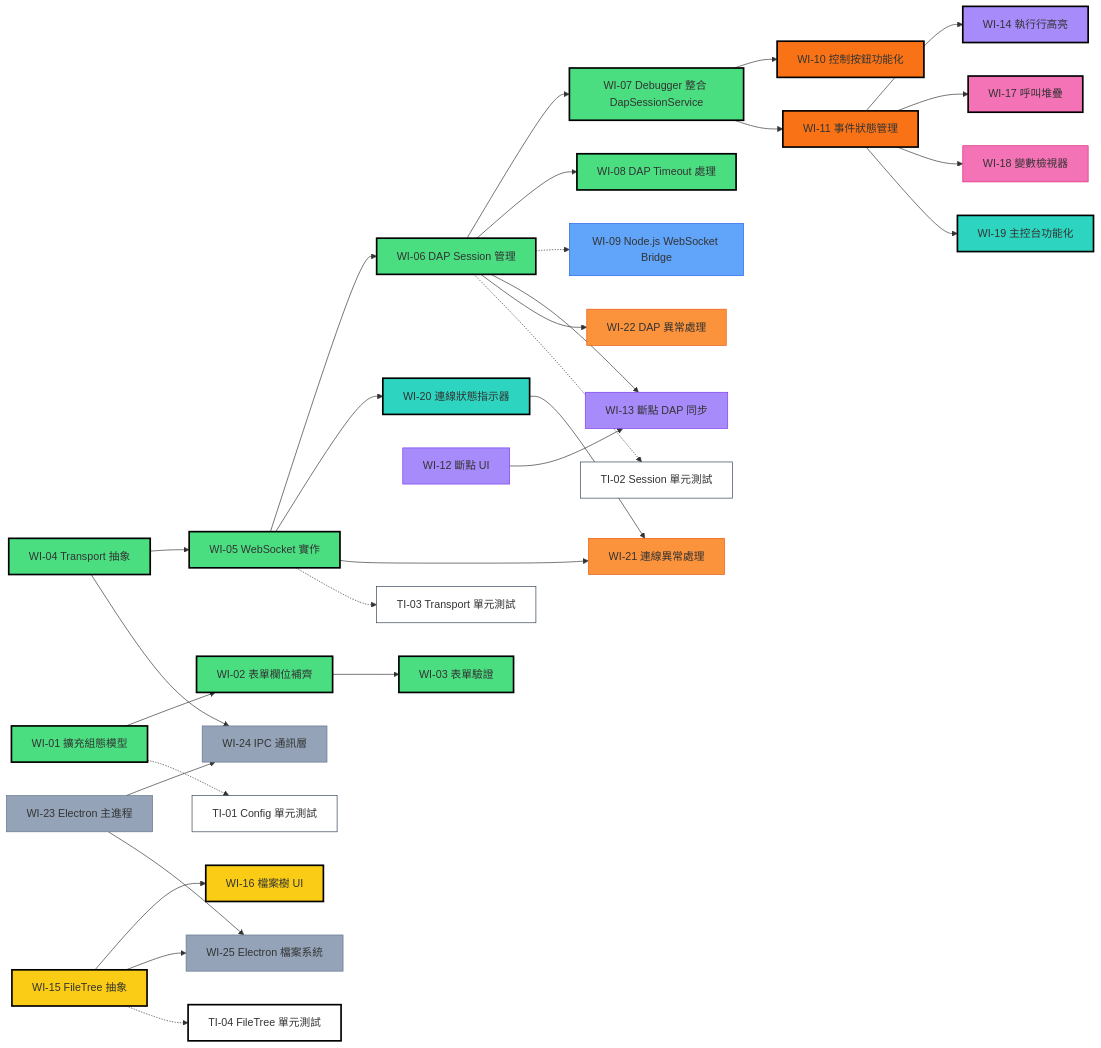
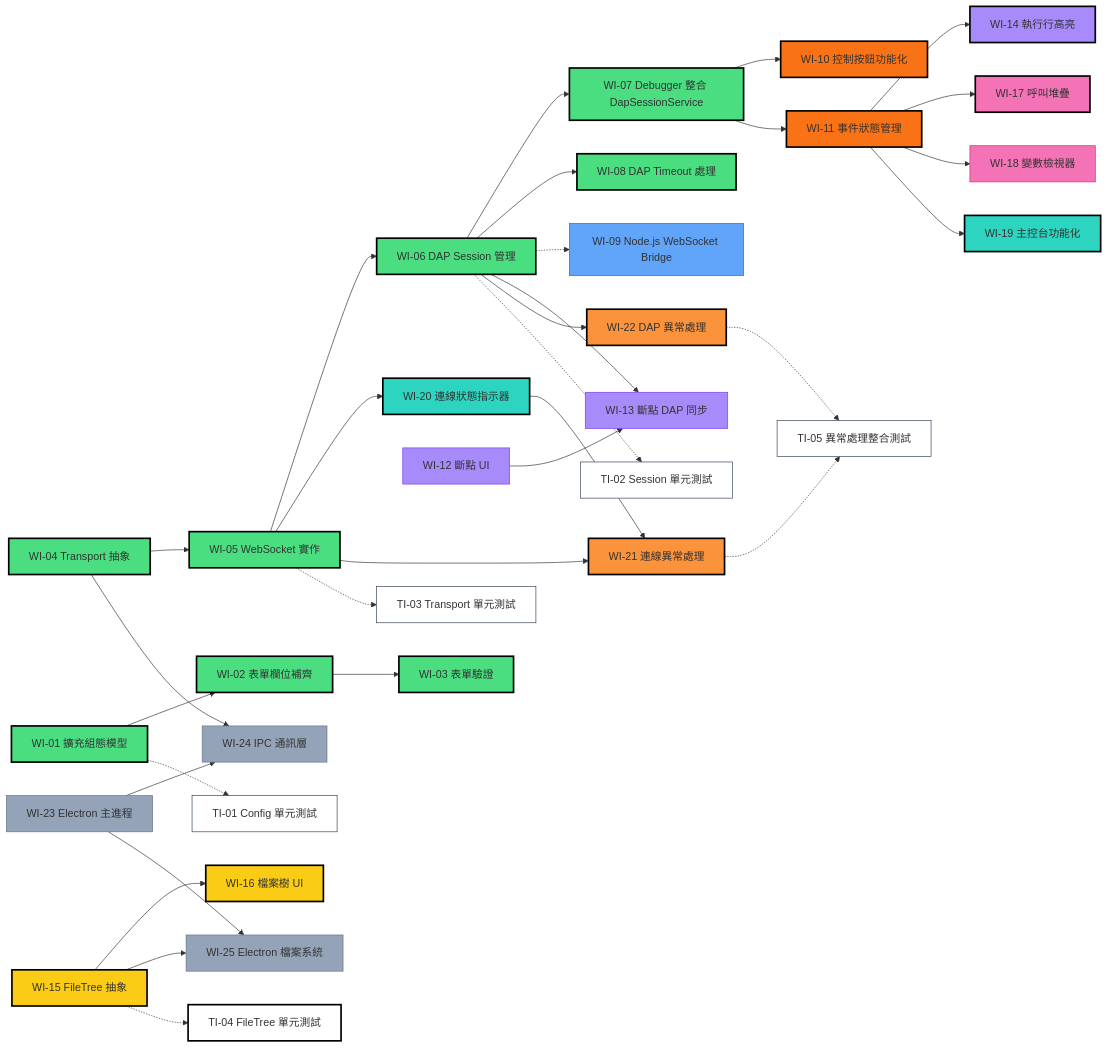
Before and after one commit to tangpo387-arch/taro-debugger: the diagram in docs/work-items.md, drawn with Mermaid. The commit also changed other lines of this file and 7 other files, not shown here.

````diff
--- a/docs/work-items.md
+++ b/docs/work-items.md
@@ -238,6 +230,9 @@
     WI05 --> WI21[WI-21 連線異常處理]
     WI20 --> WI21
     WI06 --> WI22[WI-22 DAP 異常處理]
+    
+    WI21 -.-> TI05[TI-05 異常處理整合測試]
+    WI22 -.-> TI05
     
     WI23[WI-23 Electron 主進程] --> WI24[WI-24 IPC 通訊層]
     WI04 --> WI24
@@ -276,8 +271,8 @@
     style WI19 fill:#2dd4bf,stroke:#000,stroke-width:2.5px
     style WI20 fill:#2dd4bf,stroke:#000,stroke-width:2.5px
 
-    style WI21 fill:#fb923c,stroke:#ea580c
-    style WI22 fill:#fb923c,stroke:#ea580c
+    style WI21 fill:#fb923c,stroke:#000,stroke-width:2.5px
+    style WI22 fill:#fb923c,stroke:#000,stroke-width:2.5px
 
     style WI23 fill:#94a3b8,stroke:#64748b
     style WI24 fill:#94a3b8,stroke:#64748b
@@ -287,4 +282,5 @@
     style TI02 fill:#ffffff,stroke:#334155
     style TI03 fill:#ffffff,stroke:#334155
     style TI04 fill:#ffffff,stroke:#000,stroke-width:2.5px
+    style TI05 fill:#ffffff,stroke:#334155
 ```
````
